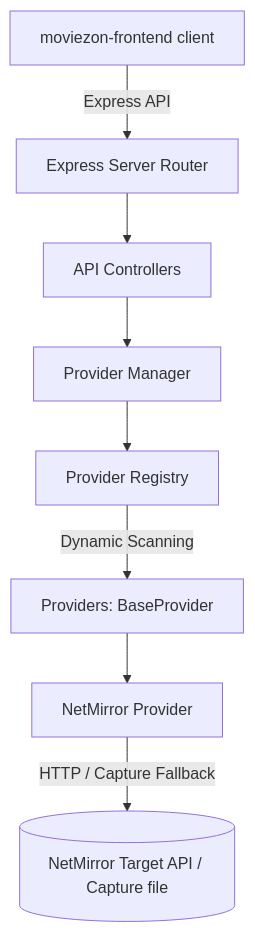
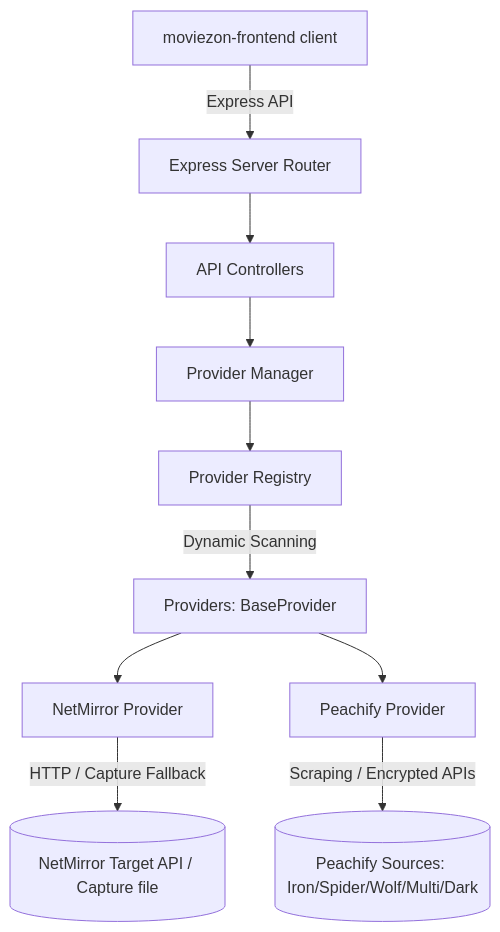
One commit to Kalaitechtubee/MovieZon-api changed the first of 4 diagrams in api_flow_documentation.md. Above: the diagram before and after it, drawn with Mermaid. The commit also changed other lines of this file and 2 other files, not shown here.

````diff
--- a/api_flow_documentation.md
+++ b/api_flow_documentation.md
@@ -11,10 +11,13 @@
 ```mermaid
 graph TD
     Client[moviezon-frontend client] -->|Express API| Server[Express Server Router]
     Server --> Controllers[API Controllers]
     Controllers --> Manager[Provider Manager]
     Manager --> Registry[Provider Registry]
     Registry -->|Dynamic Scanning| Providers[Providers: BaseProvider]
     Providers --> NetMirror[NetMirror Provider]
+    Providers --> Peachify[Peachify Provider]
+    
     NetMirror -->|HTTP / Capture Fallback| NetMirrorSource[(NetMirror Target API / Capture file)]
+    Peachify -->|Scraping / Encrypted APIs| PeachifySource[(Peachify Sources: Iron/Spider/Wolf/Multi/Dark)]
 ```
````
